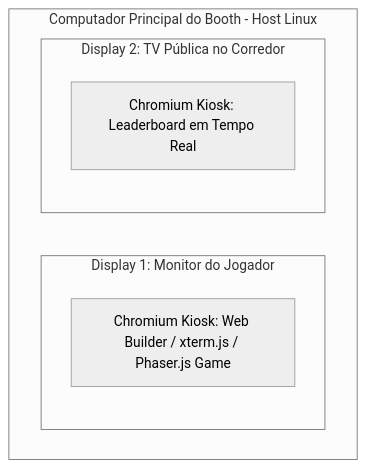
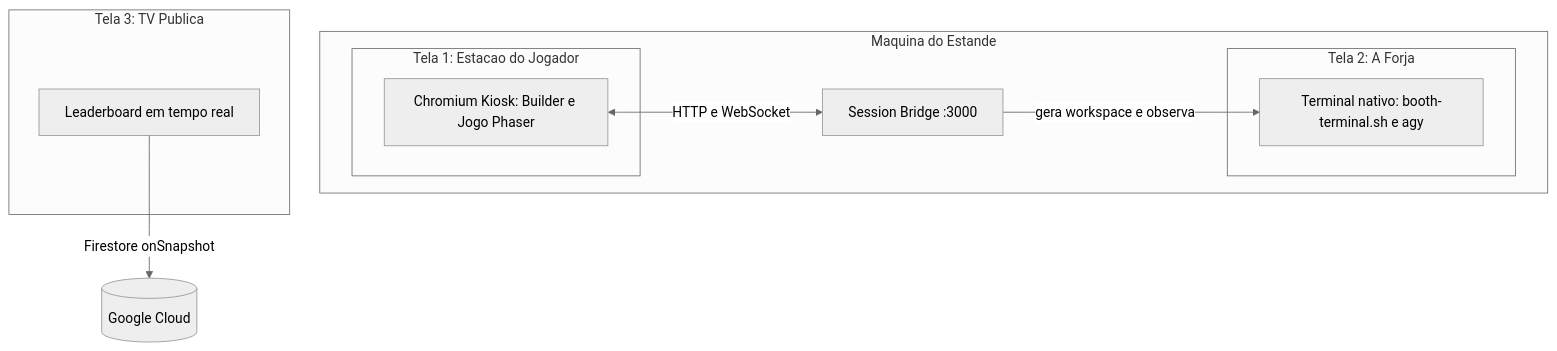
One commit to carlosmscabral/jogo-de-navinha-agy-summit-26 changed the first of 2 diagrams in specs/01_BOOTH_AND_EXPERIENCE_SPEC.md. Above: the diagram before and after it, drawn with Mermaid (neutral theme). The commit also changed other lines of this file and 10 other files, not shown here.

````diff
--- a/specs/01_BOOTH_AND_EXPERIENCE_SPEC.md
+++ b/specs/01_BOOTH_AND_EXPERIENCE_SPEC.md
@@ -69,11 +115,19 @@
 ```mermaid
 graph TD
-    subgraph Host_Linux [Computador Principal do Booth - Host Linux]
-        subgraph Display_1 [Display 1: Monitor do Jogador]
-            SPA_KIOSK[Chromium Kiosk: Web Builder / xterm.js / Phaser.js Game]
+    subgraph Host [Maquina do Estande]
+        subgraph D1 [Tela 1: Estacao do Jogador]
+            SPA[Chromium Kiosk: Builder e Jogo Phaser]
         end
-        subgraph Display_2 [Display 2: TV Pública no Corredor]
-            LEAD_KIOSK[Chromium Kiosk: Leaderboard em Tempo Real]
+        subgraph D2 [Tela 2: A Forja]
+            TERM[Terminal nativo: booth-terminal.sh e agy]
         end
+        BRIDGE[Session Bridge :3000]
     end
+    subgraph D3 [Tela 3: TV Publica]
+        LEAD[Leaderboard em tempo real]
+    end
+
+    SPA <-->|HTTP e WebSocket| BRIDGE
+    BRIDGE -->|gera workspace e observa| TERM
+    LEAD -->|Firestore onSnapshot| CLOUD[(Google Cloud)]
 ```
````
